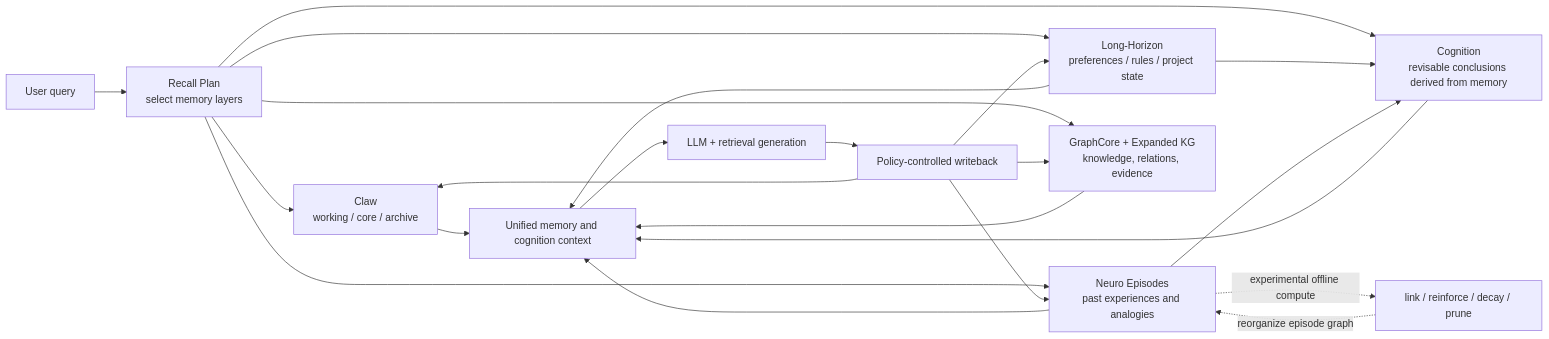
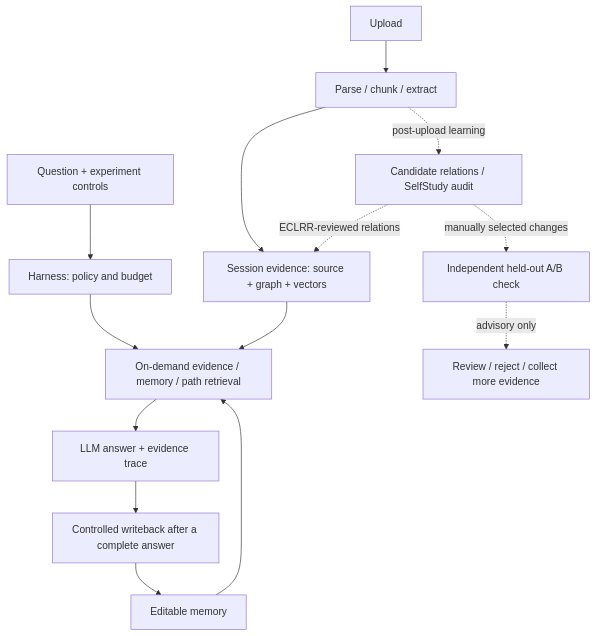
The diagram in README.md (Yang-Jiashu/Doc-thinker), drawn with Mermaid before and after one commit. The commit also changed other lines of this file and 23 other files, not shown here.

Commit message:
feat: simplify query UX and guard evidence-driven improvement

````diff
--- a/README.md
+++ b/README.md
@@ -68,19 +36,16 @@
 ```mermaid
-flowchart LR
-    Q["User query"] --> P["Recall Plan<br/>select memory layers"]
-    P --> C["Claw<br/>working / core / archive"]
-    P --> L["Long-Horizon<br/>preferences / rules / project state"]
-    P --> E["Neuro Episodes<br/>past experiences and analogies"]
-    P --> O["Cognition<br/>revisable conclusions derived from memory"]
-    P --> K["GraphCore + Expanded KG<br/>knowledge, relations, evidence"]
-    L & E --> O
-    C & L & E & K & O --> M["Unified memory and cognition context"]
-    M --> A["LLM + retrieval generation"]
-    A --> W["Policy-controlled writeback"]
-    W --> C
-    W --> L
-    W --> E
-    W --> K
-    E -.experimental offline compute.-> S["link / reinforce / decay / prune"]
-    S -.reorganize episode graph.-> E
+flowchart TD
+    U["Upload"] --> I["Parse / chunk / extract"]
+    I --> S["Session evidence: source + graph + vectors"]
+    Q["Question + experiment controls"] --> H["Harness: policy and budget"]
+    H --> R["On-demand evidence / memory / path retrieval"]
+    S --> R
+    M["Editable memory"] --> R
+    R --> A["LLM answer + evidence trace"]
+    A --> W["Controlled writeback after a complete answer"]
+    W --> M
+    I -.post-upload learning.-> C["Candidate relations / SelfStudy audit"]
+    C -.ECLRR-reviewed relations.-> S
+    C -.manually selected changes.-> E["Independent held-out A/B check"]
+    E -.advisory only.-> V["Review / reject / collect more evidence"]
 ```
````
